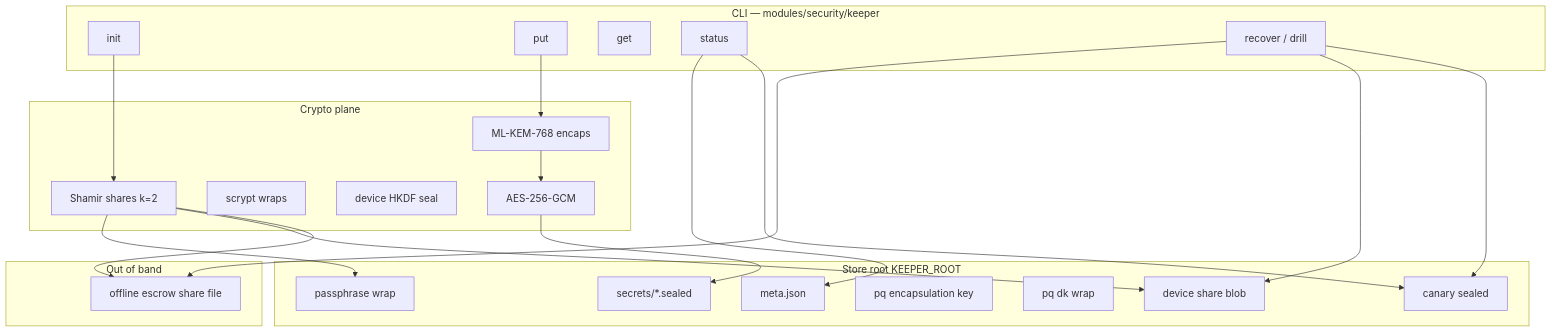
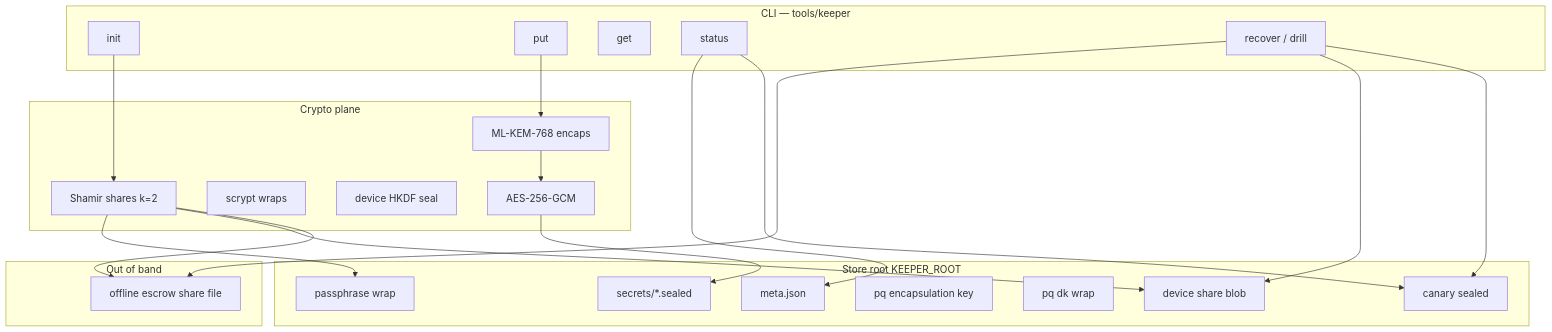
One commit to p10ns11y/arch-machine changed the third of 7 diagrams in arch-design/keeper.md. Above: the diagram before and after it, drawn with Mermaid. The commit also changed other lines of this file and 28 other files, not shown here.

First line of the commit message:
refactor(keeper): move crate to tools/keeper as first-class product

````diff
--- a/arch-design/keeper.md
+++ b/arch-design/keeper.md
@@ -100,41 +100,41 @@
 ```mermaid
 flowchart TB
-  subgraph cli["CLI — modules/security/keeper"]
+  subgraph cli["CLI — tools/keeper"]
     Init[init]
     Put[put]
     Get[get]
     Status[status]
     Recover[recover / drill]
   end
   subgraph crypto["Crypto plane"]
     Shamir[Shamir shares k=2]
     Scrypt[scrypt wraps]
     DevSeal[device HKDF seal]
     PQ[ML-KEM-768 encaps]
     AEAD[AES-256-GCM]
   end
   subgraph disk["Store root KEEPER_ROOT"]
     Meta[meta.json]
     PassW[passphrase wrap]
     DevB[device share blob]
     PQek[pq encapsulation key]
     PQdk[pq dk wrap]
     Canary[canary sealed]
     Secs[secrets/*.sealed]
   end
   subgraph outband["Out of band"]
     Escrow[offline escrow share file]
   end
   Init --> Shamir
   Shamir --> PassW
   Shamir --> DevB
   Shamir --> Escrow
   Put --> PQ
   PQ --> AEAD
   AEAD --> Secs
   Recover --> Escrow
   Recover --> DevB
   Recover --> Canary
   Status --> Meta
   Status --> Canary
 ```
````
